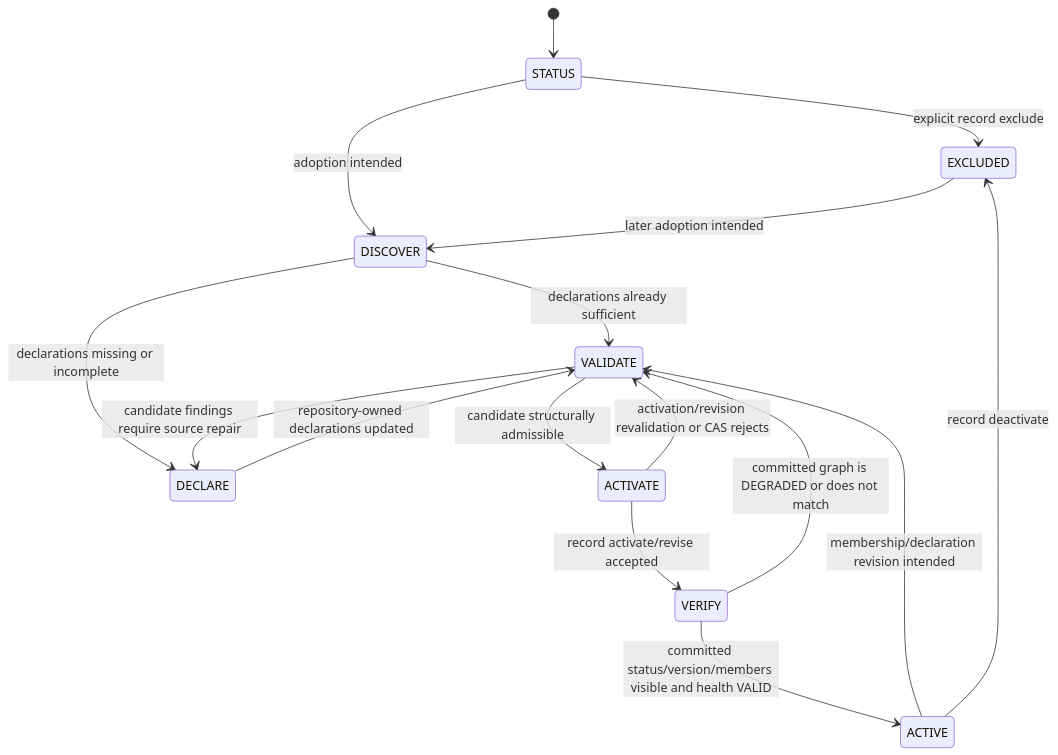
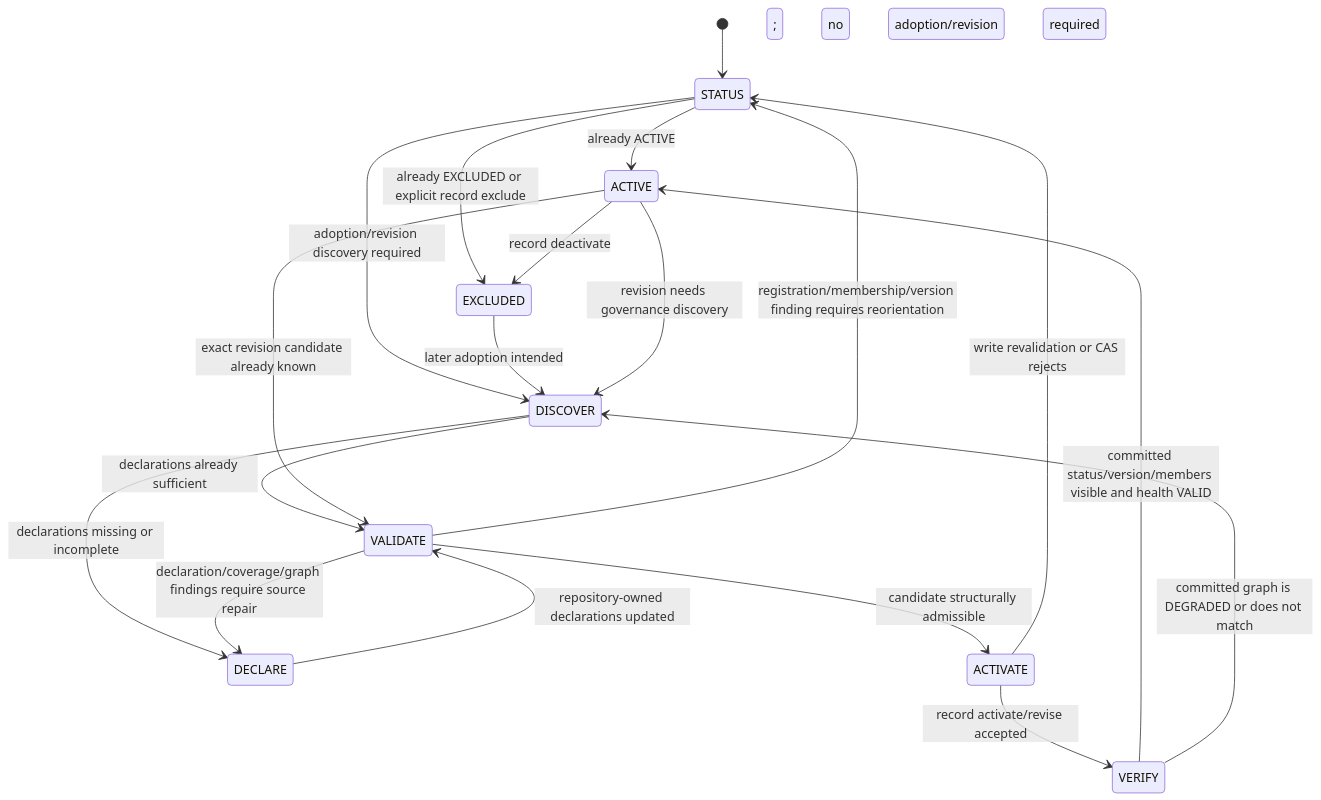
One commit to pontivus-com/span changed the first of 2 diagrams in docs/lifecycle-contract.md. Above: the diagram before and after it, drawn with Mermaid. The commit also changed other lines of this file, not shown here.

Commit message:
docs: close lifecycle diagram transition gaps

````diff
--- a/docs/lifecycle-contract.md
+++ b/docs/lifecycle-contract.md
@@ -977,25 +977,28 @@
 ```mermaid
 stateDiagram-v2
     [*] --> STATUS
 
-    STATUS --> EXCLUDED: explicit record exclude
-    STATUS --> DISCOVER: adoption intended
+    STATUS --> ACTIVE: already ACTIVE; no adoption/revision required
+    STATUS --> EXCLUDED: already EXCLUDED or explicit record exclude
+    STATUS --> DISCOVER: adoption/revision discovery required
     EXCLUDED --> DISCOVER: later adoption intended
 
     DISCOVER --> VALIDATE: declarations already sufficient
     DISCOVER --> DECLARE: declarations missing or incomplete
 
     DECLARE --> VALIDATE: repository-owned declarations updated
 
-    VALIDATE --> DECLARE: candidate findings require source repair
+    VALIDATE --> DECLARE: declaration/coverage/graph findings require source repair
+    VALIDATE --> STATUS: registration/membership/version finding requires reorientation
     VALIDATE --> ACTIVATE: candidate structurally admissible
 
-    ACTIVATE --> VALIDATE: activation/revision revalidation or CAS rejects
+    ACTIVATE --> STATUS: write revalidation or CAS rejects
     ACTIVATE --> VERIFY: record activate/revise accepted
 
     VERIFY --> ACTIVE: committed status/version/members visible and health VALID
-    VERIFY --> VALIDATE: committed graph is DEGRADED or does not match
+    VERIFY --> DISCOVER: committed graph is DEGRADED or does not match
 
-    ACTIVE --> VALIDATE: membership/declaration revision intended
+    ACTIVE --> DISCOVER: revision needs governance discovery
+    ACTIVE --> VALIDATE: exact revision candidate already known
     ACTIVE --> EXCLUDED: record deactivate
 ```
````
